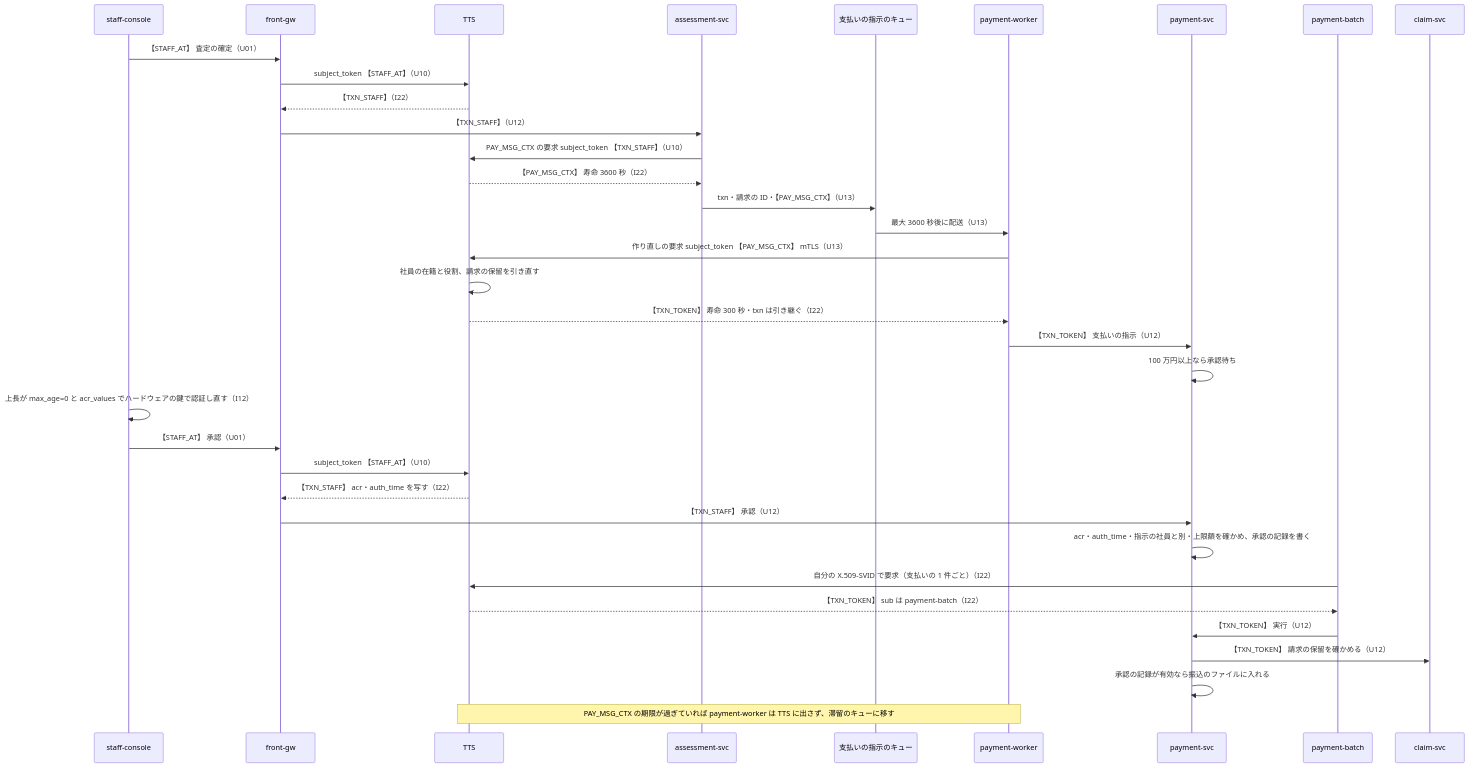
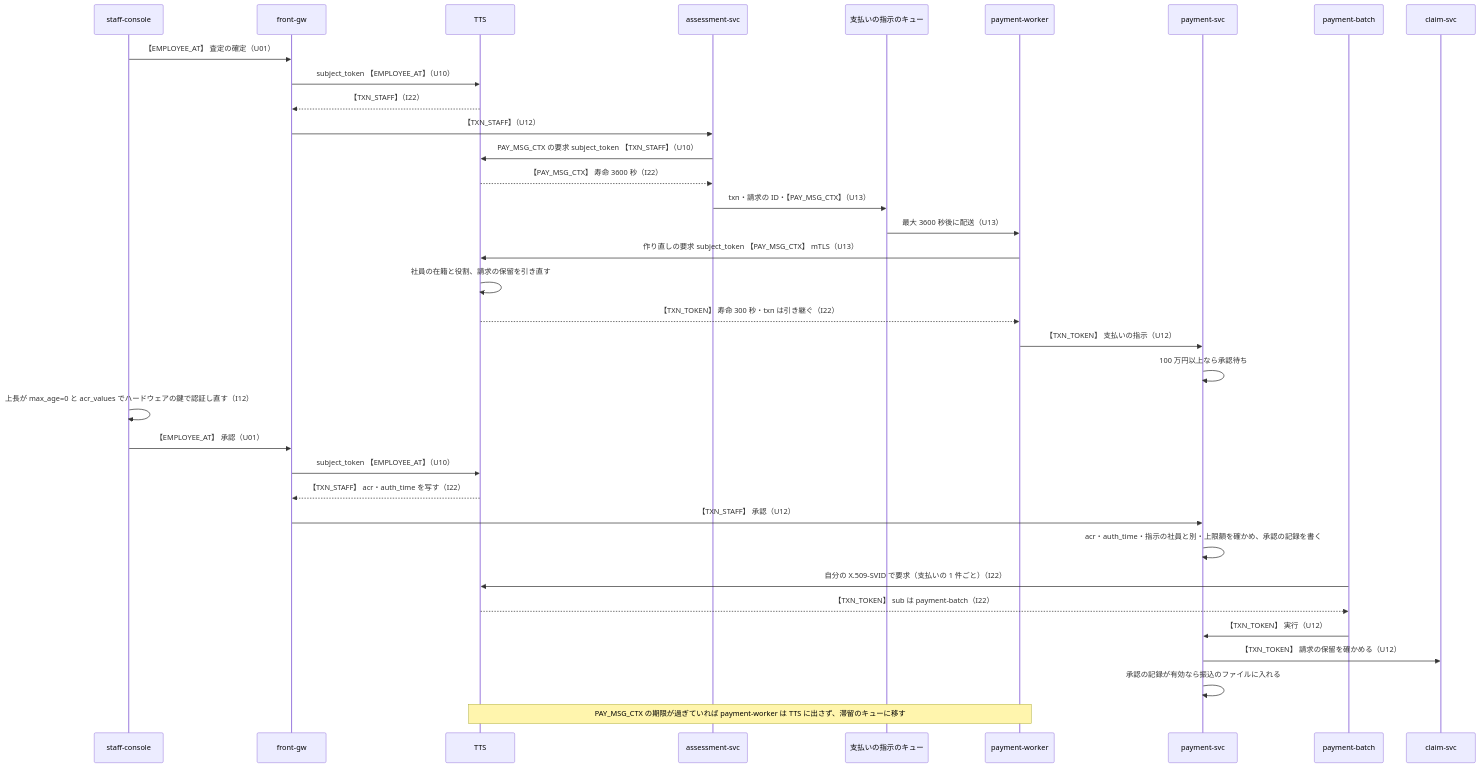
Before and after one commit to Takenori-Kusaka/jwt-claims-guide: the fourth of 4 diagrams in research/template-design/calibration/set2/control-d/design.md, drawn with Mermaid. The commit also changed other lines of this file and 22 other files, not shown here.

````diff
--- a/research/template-design/calibration/set2/control-d/design.md
+++ b/research/template-design/calibration/set2/control-d/design.md
@@ -571,37 +594,37 @@
 ```mermaid
 sequenceDiagram
   participant S as staff-console
   participant G as front-gw
   participant T as TTS
   participant M as assessment-svc
   participant Q as 支払いの指示のキュー
   participant W as payment-worker
   participant P as payment-svc
   participant B as payment-batch
   participant C as claim-svc
-  S->>G: 【STAFF_AT】 査定の確定（U01）
-  G->>T: subject_token 【STAFF_AT】（U10）
+  S->>G: 【EMPLOYEE_AT】 査定の確定（U01）
+  G->>T: subject_token 【EMPLOYEE_AT】（U10）
   T-->>G: 【TXN_STAFF】（I22）
   G->>M: 【TXN_STAFF】（U12）
   M->>T: PAY_MSG_CTX の要求 subject_token 【TXN_STAFF】（U10）
   T-->>M: 【PAY_MSG_CTX】 寿命 3600 秒（I22）
   M->>Q: txn・請求の ID・【PAY_MSG_CTX】（U13）
   Q->>W: 最大 3600 秒後に配送（U13）
   W->>T: 作り直しの要求 subject_token 【PAY_MSG_CTX】 mTLS（U13）
   T->>T: 社員の在籍と役割、請求の保留を引き直す
   T-->>W: 【TXN_TOKEN】 寿命 300 秒・txn は引き継ぐ（I22）
   W->>P: 【TXN_TOKEN】 支払いの指示（U12）
   P->>P: 100 万円以上なら承認待ち
   S->>S: 上長が max_age=0 と acr_values でハードウェアの鍵で認証し直す（I12）
-  S->>G: 【STAFF_AT】 承認（U01）
-  G->>T: subject_token 【STAFF_AT】（U10）
+  S->>G: 【EMPLOYEE_AT】 承認（U01）
+  G->>T: subject_token 【EMPLOYEE_AT】（U10）
   T-->>G: 【TXN_STAFF】 acr・auth_time を写す（I22）
   G->>P: 【TXN_STAFF】 承認（U12）
   P->>P: acr・auth_time・指示の社員と別・上限額を確かめ、承認の記録を書く
   B->>T: 自分の X.509-SVID で要求（支払いの 1 件ごと）（I22）
   T-->>B: 【TXN_TOKEN】 sub は payment-batch（I22）
   B->>P: 【TXN_TOKEN】 実行（U12）
   P->>C: 【TXN_TOKEN】 請求の保留を確かめる（U12）
   P->>P: 承認の記録が有効なら振込のファイルに入れる
   Note over W,T: PAY_MSG_CTX の期限が過ぎていれば payment-worker は TTS に出さず、滞留のキューに移す
 ```
````
